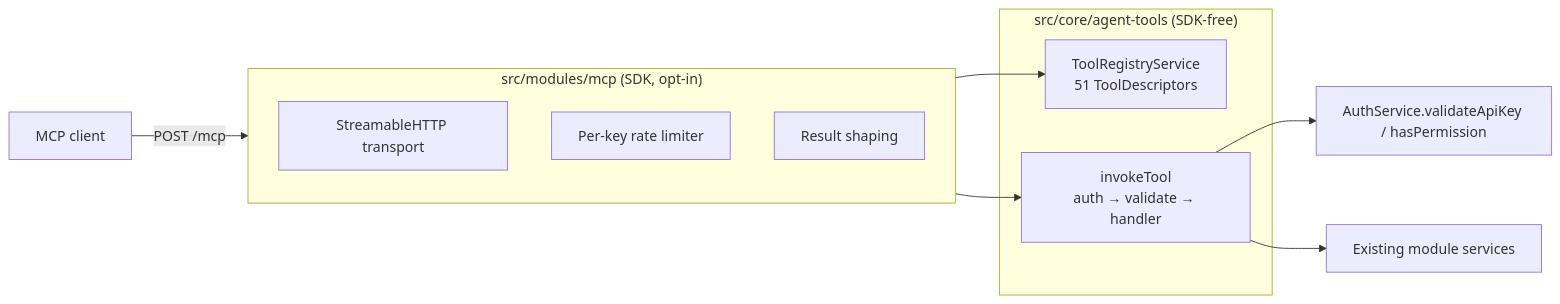
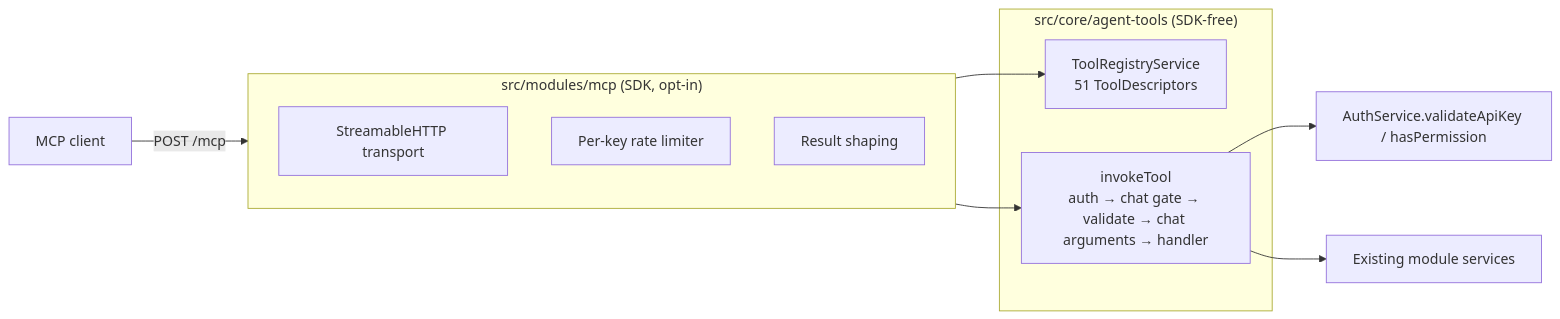
Before and after one commit to Carnaval-Team/VentIQ-seller-App: the second of 2 diagrams in ventiq_admin_app/docs_wapi/24-mcp-integration.md, drawn with Mermaid. The commit also changed other lines of this file and 65 other files, not shown here.

````diff
--- a/ventiq_admin_app/docs_wapi/24-mcp-integration.md
+++ b/ventiq_admin_app/docs_wapi/24-mcp-integration.md
@@ -80,17 +84,17 @@
 ```mermaid
 flowchart LR
     Client[MCP client] -->|POST /mcp| Adapter
     subgraph Core["src/core/agent-tools (SDK-free)"]
         Registry[ToolRegistryService<br/>51 ToolDescriptors]
-        Invoker[invokeTool<br/>auth → validate → handler]
+        Invoker[invokeTool<br/>auth → chat gate → validate → chat arguments → handler]
     end
     subgraph Adapter["src/modules/mcp (SDK, opt-in)"]
         Server[StreamableHTTP transport]
         Limiter[Per-key rate limiter]
         Result[Result shaping]
     end
     Adapter --> Registry
     Adapter --> Invoker
     Invoker --> Auth[AuthService.validateApiKey / hasPermission]
     Invoker --> Services[Existing module services]
 ```
````
